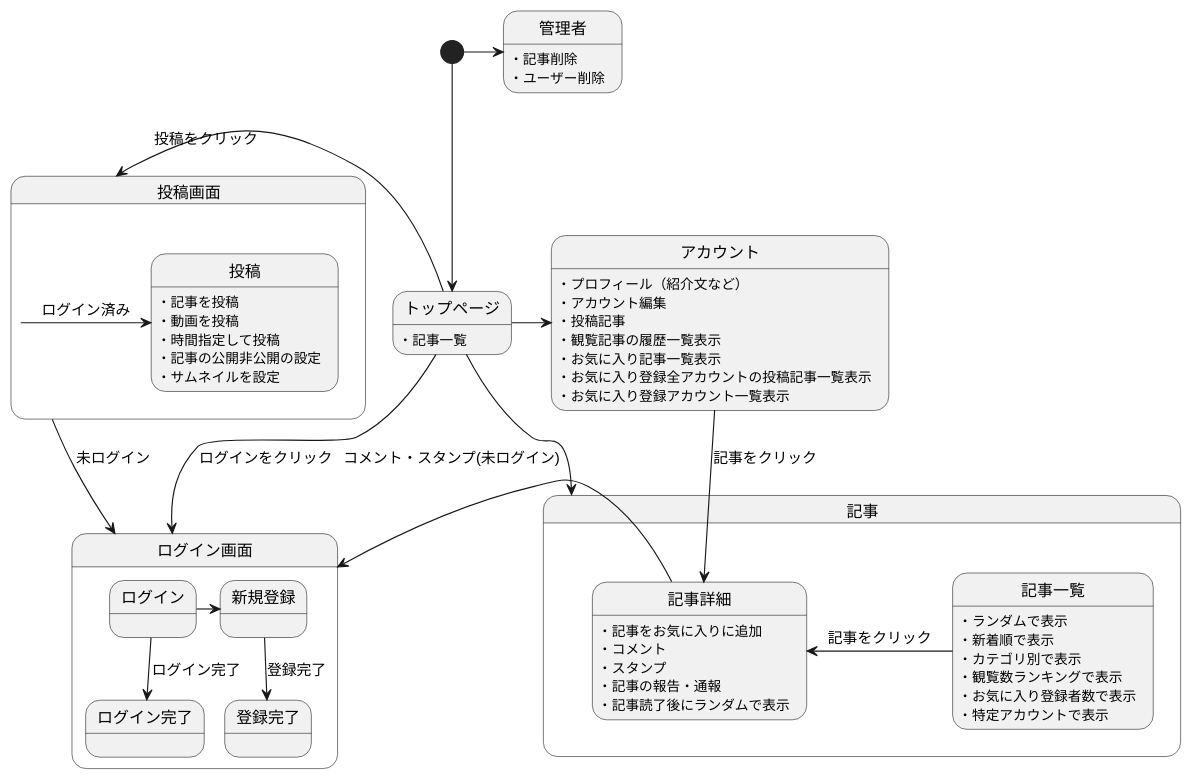
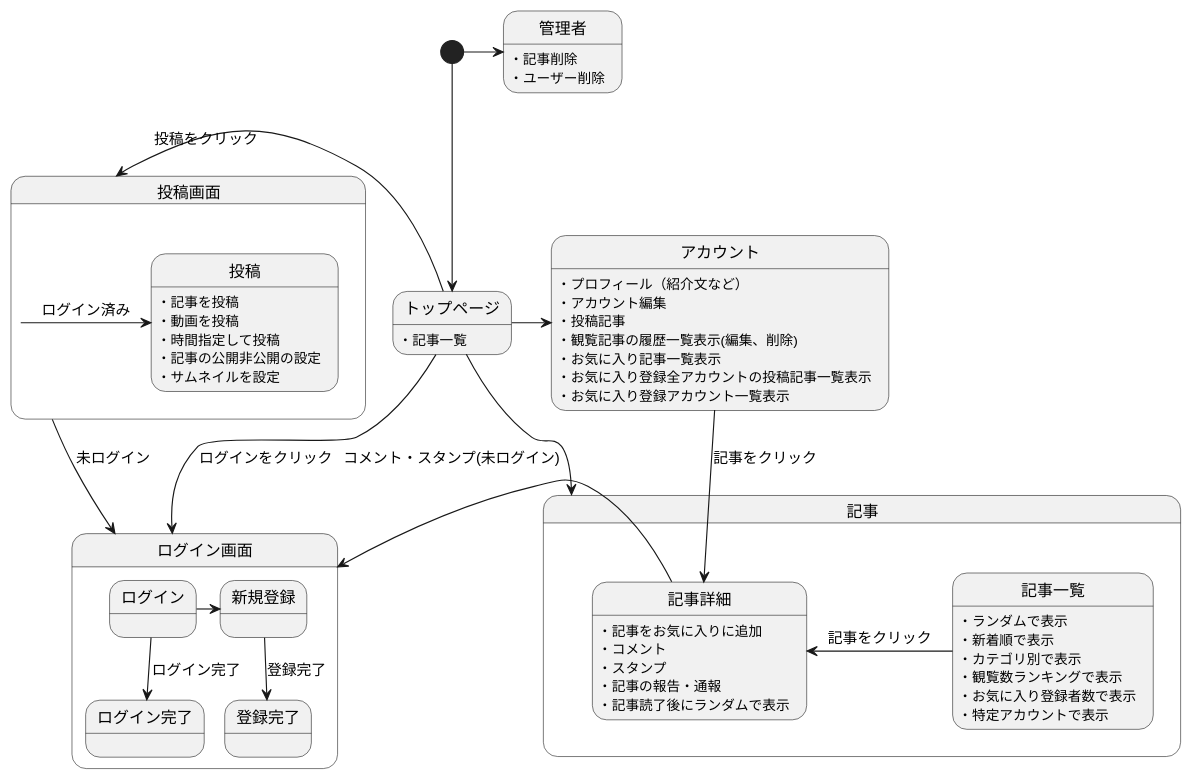
The diagram in 後期画面遷移.md (Aso2001001/2022System), drawn with PlantUML before and after one commit.

````diff
--- a/後期画面遷移.md
+++ b/後期画面遷移.md
@@ -1,69 +1,69 @@
 ```uml
 @startuml
 [*] --> トップページ
 
 
 トップページ -down-> 記事
 トップページ -> アカウント
 トップページ -> 投稿画面 : 投稿をクリック
 
 トップページ:・記事一覧
 
 トップページ -> ログイン画面 : ログインをクリック
 
 
 state ログイン画面{
 ログイン -> 新規登録
 ログイン -down-> ログイン完了 : ログイン完了
 新規登録 -down-> 登録完了 : 登録完了
 }
 
 state 記事{
 記事一覧 -left-> 記事詳細 : 記事をクリック
 記事詳細 -> ログイン画面 :コメント・スタンプ(未ログイン)
 
 記事一覧:・ランダムで表示
 記事一覧:・新着順で表示
 記事一覧:・カテゴリ別で表示
 記事一覧:・観覧数ランキングで表示
 記事一覧:・お気に入り登録者数で表示
 記事一覧:・特定アカウントで表示
 
 記事詳細:・記事をお気に入りに追加
 記事詳細:・コメント
 記事詳細:・スタンプ
 記事詳細:・記事の報告・通報
 記事詳細:・記事読了後にランダムで表示
 
 }
 
 state 投稿画面{
 投稿画面 -> ログイン画面 : 未ログイン
 投稿画面 -> 投稿 : ログイン済み
 
 投稿:・記事を投稿
 投稿:・動画を投稿
 投稿:・時間指定して投稿
 投稿:・記事の公開非公開の設定
 投稿:・サムネイルを設定
 
 }
 
 アカウント -> 記事詳細 : 記事をクリック
 
 アカウント:・プロフィール（紹介文など）
 アカウント:・アカウント編集
 アカウント:・投稿記事
-アカウント:・観覧記事の履歴一覧表示
+アカウント:・観覧記事の履歴一覧表示(編集、削除)
 アカウント:・お気に入り記事一覧表示
 アカウント:・お気に入り登録全アカウントの投稿記事一覧表示
 アカウント:・お気に入り登録アカウント一覧表示
 
 
 [*] -right-> 管理者
 管理者:・記事削除
 管理者:・ユーザー削除
 
 
 @enduml
 ```
````
